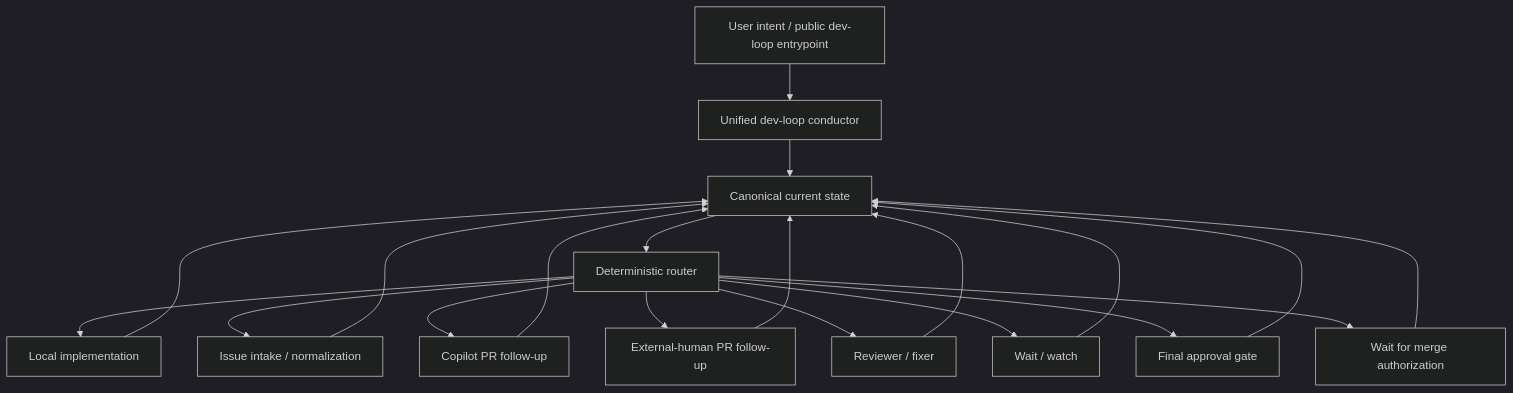
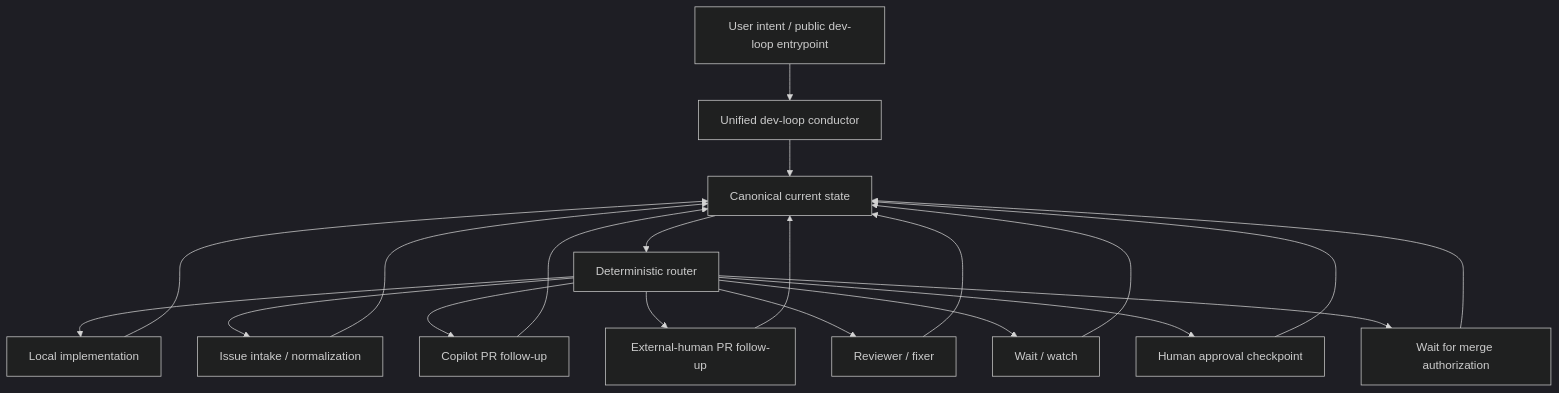
The diagram in skills/docs/public-dev-loop-contract.md (mfittko/pi-dev-loops), drawn with Mermaid (dark theme) before and after one commit. The commit also changed other lines of this file and 58 other files, not shown here.

````diff
--- a/skills/docs/public-dev-loop-contract.md
+++ b/skills/docs/public-dev-loop-contract.md
@@ -387,24 +387,24 @@
 ```mermaid
 flowchart TD
     U[User intent / public dev-loop entrypoint] --> C[Unified dev-loop conductor]
     C --> S[Canonical current state]
     S --> R[Deterministic router]
 
     R --> L[Local implementation]
     R --> I[Issue intake / normalization]
     R --> CP[Copilot PR follow-up]
     R --> HP[External-human PR follow-up]
     R --> RF[Reviewer / fixer]
     R --> W[Wait / watch]
-    R --> A[Final approval gate]
+    R --> A[Human approval checkpoint]
     R --> M[Wait for merge authorization]
 
     L --> S
     I --> S
     CP --> S
     HP --> S
     RF --> S
     W --> S
     A --> S
     M --> S
 ```
````
